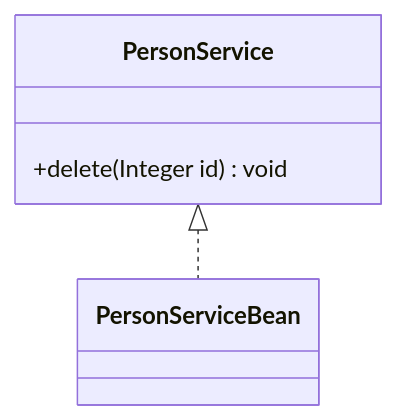
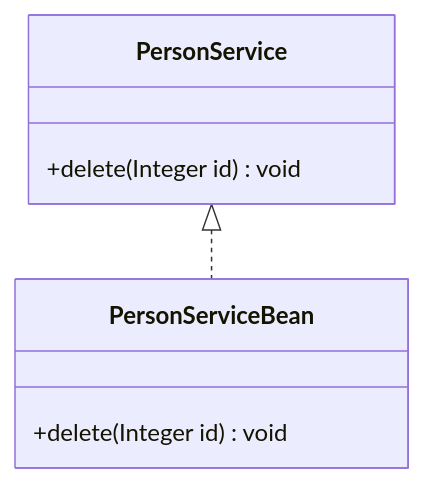
One commit to lingwh1995/blog changed the seventh of 7 diagrams in docs/blogs/general/designpattern/designpattern-java/shardings/designpattern-java-chapter-2.类与类之间的六种关系.md. Above: the diagram before and after it, drawn with Mermaid. The commit also changed other lines of this file and 122 other files, not shown here.

````diff
--- a/docs/blogs/general/designpattern/designpattern-java/shardings/designpattern-java-chapter-2.类与类之间的六种关系.md
+++ b/docs/blogs/general/designpattern/designpattern-java/shardings/designpattern-java-chapter-2.类与类之间的六种关系.md
@@ -211,7 +219,10 @@
 ```mermaid
 classDiagram
     PersonService <|.. PersonServiceBean
-    PersonService: +delete(Integer id) void
+    class PersonService {
+        +delete(Integer id) void
+    }
     class PersonServiceBean{
+        +delete(Integer id) void
     }
 ```
````
